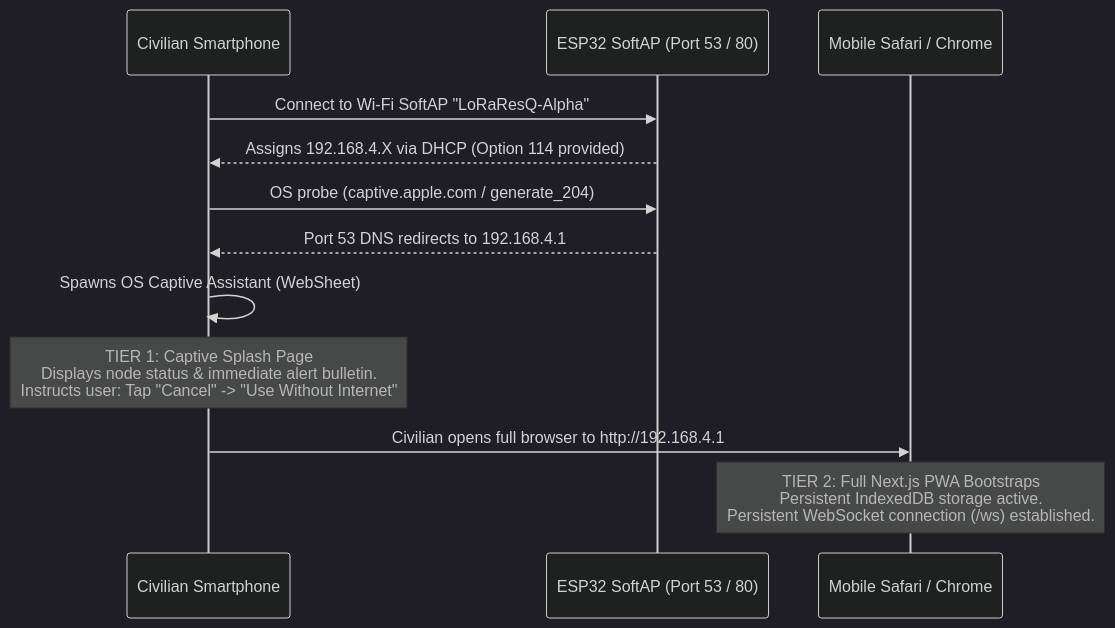
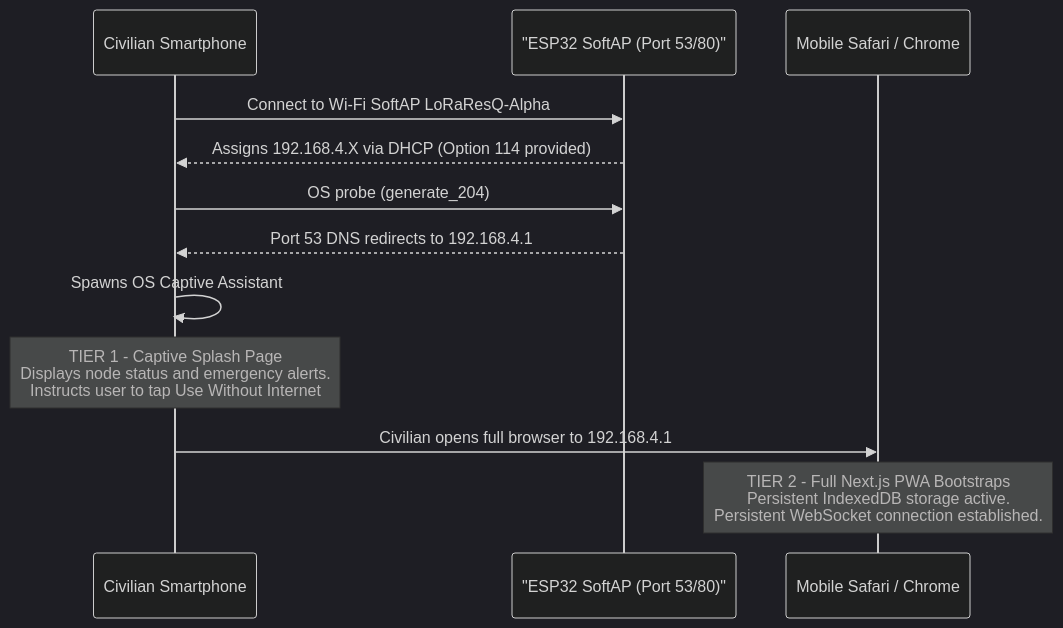
Before and after one commit to The-Usual-Idiots/LoRaResQ: the tenth of 11 diagrams in BLUEPRINT.md, drawn with Mermaid (dark theme). The commit also changed other lines of this file and 4 other files, not shown here.

Commit message:
fix(docs): sanitize all 11 Mermaid diagrams and add standalone HTML previewer

````diff
--- a/BLUEPRINT.md
+++ b/BLUEPRINT.md
@@ -671,15 +671,15 @@
 ```mermaid
 sequenceDiagram
     participant Phone as Civilian Smartphone
-    participant AP as ESP32 SoftAP (Port 53 / 80)
+    participant AP as "ESP32 SoftAP (Port 53/80)"
     participant Browser as Mobile Safari / Chrome
 
-    Phone->>AP: Connect to Wi-Fi SoftAP "LoRaResQ-Alpha"
+    Phone->>AP: Connect to Wi-Fi SoftAP LoRaResQ-Alpha
     AP-->>Phone: Assigns 192.168.4.X via DHCP (Option 114 provided)
-    Phone->>AP: OS probe (captive.apple.com / generate_204)
+    Phone->>AP: OS probe (generate_204)
     AP-->>Phone: Port 53 DNS redirects to 192.168.4.1
-    Phone->>Phone: Spawns OS Captive Assistant (WebSheet)
-    Note over Phone: TIER 1: Captive Splash Page<br/>Displays node status & immediate alert bulletin.<br/>Instructs user: Tap "Cancel" -> "Use Without Internet"
-    Phone->>Browser: Civilian opens full browser to http://192.168.4.1
-    Note over Browser: TIER 2: Full Next.js PWA Bootstraps<br/>Persistent IndexedDB storage active.<br/>Persistent WebSocket connection (/ws) established.
+    Phone->>Phone: Spawns OS Captive Assistant
+    Note over Phone: TIER 1 - Captive Splash Page<br>Displays node status and emergency alerts.<br>Instructs user to tap Use Without Internet
+    Phone->>Browser: Civilian opens full browser to 192.168.4.1
+    Note over Browser: TIER 2 - Full Next.js PWA Bootstraps<br>Persistent IndexedDB storage active.<br>Persistent WebSocket connection established.
 ```
````
